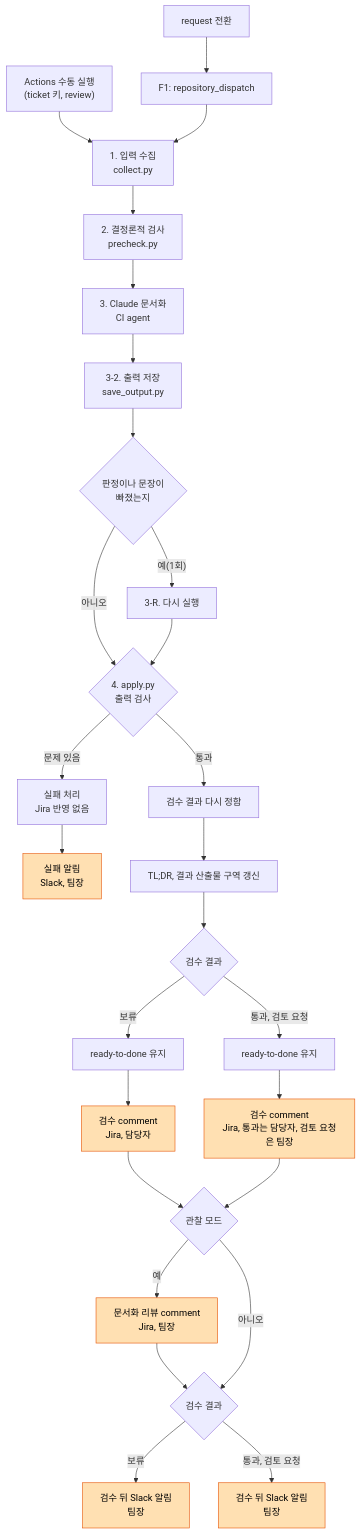
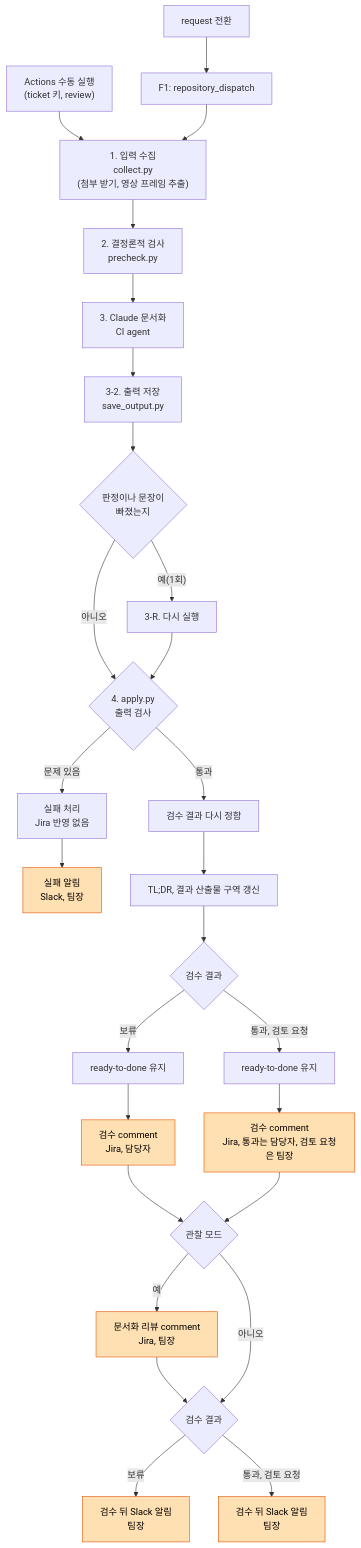
The first of 6 diagrams in docs/jira-doc-agent/README.md (everex-ai/.github), drawn with Mermaid before and after one commit. The commit also changed other lines of this file and 20 other files, not shown here.

````diff
--- a/docs/jira-doc-agent/README.md
+++ b/docs/jira-doc-agent/README.md
@@ -452,31 +545,31 @@
 ```mermaid
 flowchart TD
     A["request 전환"] --> B["F1: repository_dispatch"]
     M["Actions 수동 실행<br>(ticket 키, review)"] --> C
-    B --> C["1. 입력 수집<br>collect.py"]
+    B --> C["1. 입력 수집<br>collect.py<br>(첨부 받기, 영상 프레임 추출)"]
     C --> D["2. 결정론적 검사<br>precheck.py"]
     D --> E["3. Claude 문서화<br>CI agent"]
     E --> F["3-2. 출력 저장<br>save_output.py"]
     F --> G{"판정이나 문장이<br>빠졌는지"}
     G -- "아니오" --> H{"4. apply.py<br>출력 검사"}
     G -- "예(1회)" --> R["3-R. 다시 실행"]
     R --> H
     H -- "문제 있음" --> X["실패 처리<br>Jira 반영 없음"]
     X --> XS["실패 알림<br>Slack, 팀장"]
     H -- "통과" --> I["검수 결과 다시 정함"]
     I --> J["TL;DR, 결과 산출물 구역 갱신"]
     J --> K{"검수 결과"}
     K -- "보류" --> K1["ready-to-done 유지"]
     K -- "통과, 검토 요청" --> K2["ready-to-done 유지"]
     K1 --> L["검수 comment<br>Jira, 담당자"]
     K2 --> L2["검수 comment<br>Jira, 통과는 담당자, 검토 요청은 팀장"]
     L --> N{"관찰 모드"}
     L2 --> N
     N -- "예" --> O["문서화 리뷰 comment<br>Jira, 팀장"]
     O --> P{"검수 결과"}
     N -- "아니오" --> P
     P -- "보류" --> P1["검수 뒤 Slack 알림<br>팀장"]
     P -- "통과, 검토 요청" --> P2["검수 뒤 Slack 알림<br>팀장"]
     classDef alert fill:#ffe0b2,stroke:#e65100,color:#000
     class XS,L,L2,O,P1,P2 alert
 ```
````
